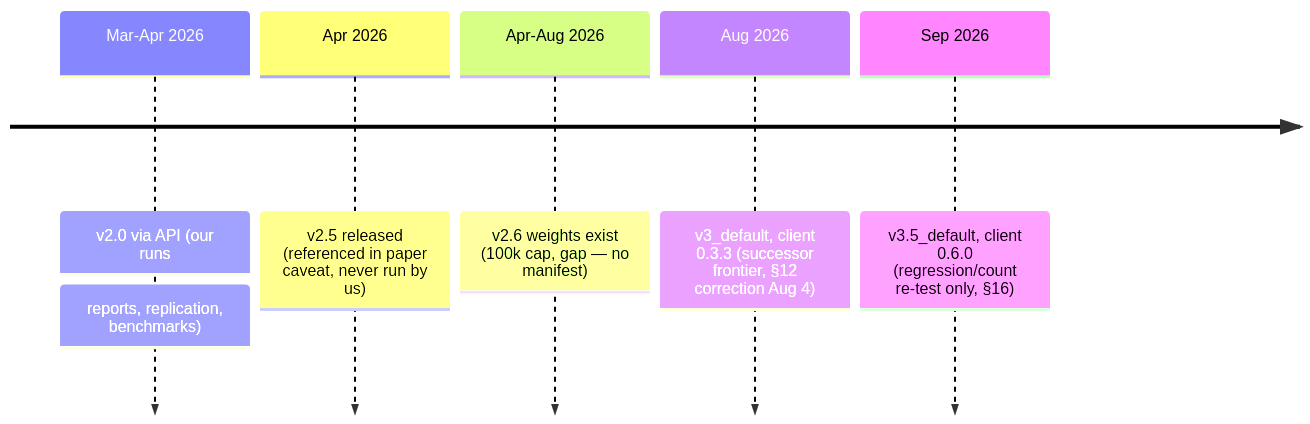
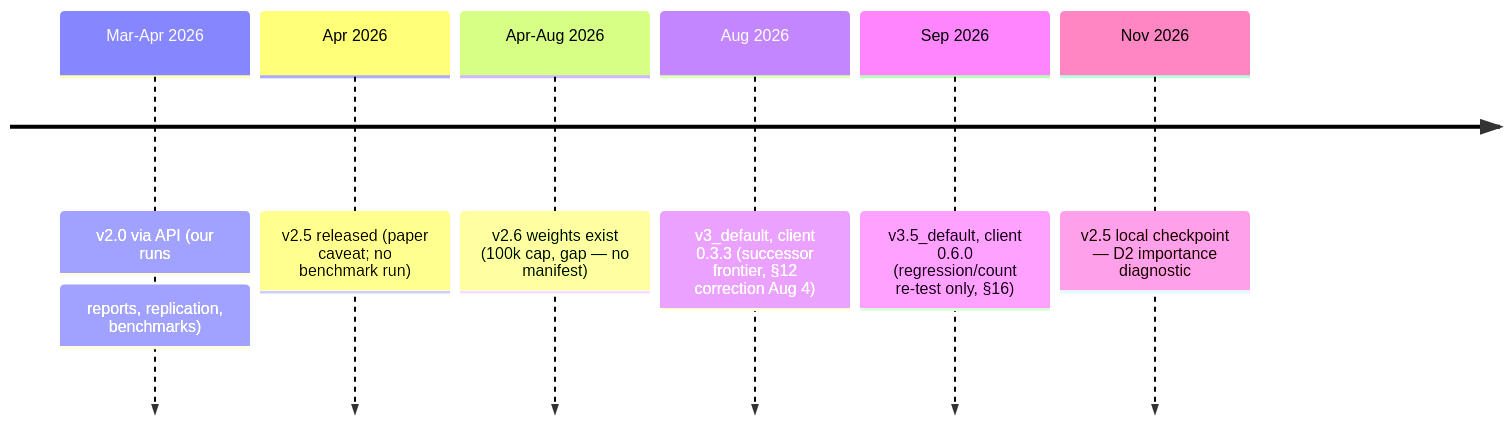
Before and after one commit to IFoA-ADSWP/tabular-foundation-model: the diagram in docs/MODEL_VERSIONS.md, drawn with Mermaid. The commit also changed other lines of this file, not shown here.

Commit message:
docs: the version timeline shows the v2.5 diagnostic it omitted (#522)

````diff
--- a/docs/MODEL_VERSIONS.md
+++ b/docs/MODEL_VERSIONS.md
@@ -39,8 +42,9 @@
 ```mermaid
 timeline
     Mar-Apr 2026 : v2.0 via API (our runs: reports, replication, benchmarks)
-    Apr 2026 : v2.5 released (referenced in paper caveat, never run by us)
+    Apr 2026 : v2.5 released (paper caveat; no benchmark run)
     Apr-Aug 2026 : v2.6 weights exist (100k cap, gap — no manifest)
     Aug 2026 : v3_default, client 0.3.3 (successor frontier, §12 correction Aug 4)
     Sep 2026 : v3.5_default, client 0.6.0 (regression/count re-test only, §16)
+    Nov 2026 : v2.5 local checkpoint — D2 importance diagnostic
 ```
````
